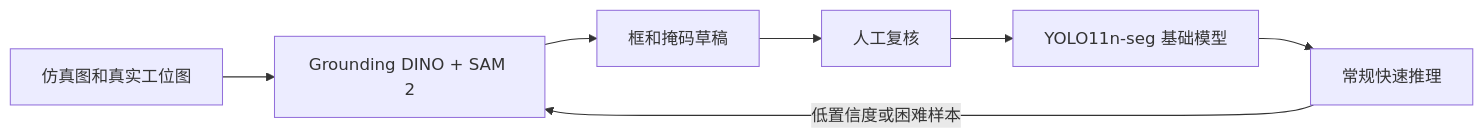
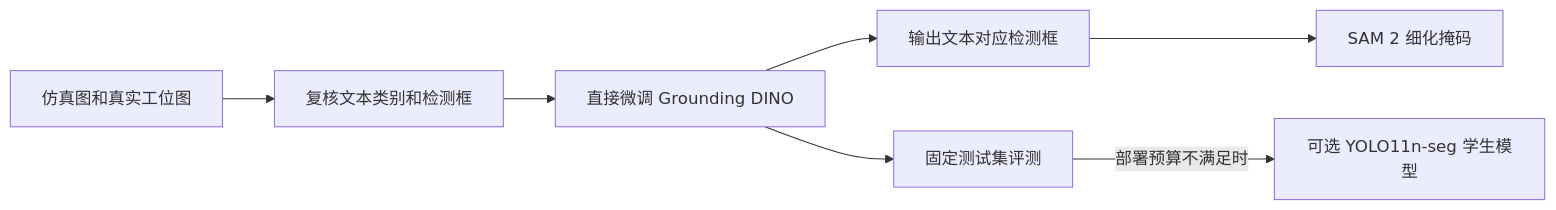
One commit to Yiannnn-202/SensorAgent changed the diagram in docs/team/vision_handoff_cn.md. Above: the diagram before and after it, drawn with Mermaid. The commit also changed other lines of this file and 15 other files, not shown here.

Commit message:
feat(vision): fine-tune Grounding DINO directly

````diff
--- a/docs/team/vision_handoff_cn.md
+++ b/docs/team/vision_handoff_cn.md
@@ -44,9 +47,9 @@
 ```mermaid
 flowchart LR
-  data["仿真图和真实工位图"] --> teacher["Grounding DINO + SAM 2"]
-  teacher --> draft["框和掩码草稿"]
-  draft --> review["人工复核"]
-  review --> student["YOLO11n-seg 基础模型"]
-  student --> normal["常规快速推理"]
-  normal -->|"低置信度或困难样本"| teacher
+  data["仿真图和真实工位图"] --> review["复核文本类别和检测框"]
+  review --> dino["直接微调 Grounding DINO"]
+  dino --> box["输出文本对应检测框"]
+  box --> sam["SAM 2 细化掩码"]
+  dino --> test["固定测试集评测"]
+  test -->|"部署预算不满足时"| student["可选 YOLO11n-seg 学生模型"]
 ```
````
